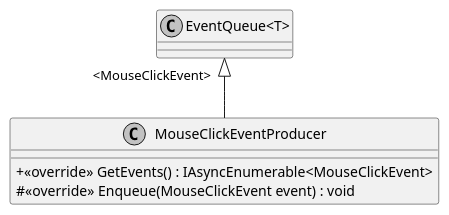
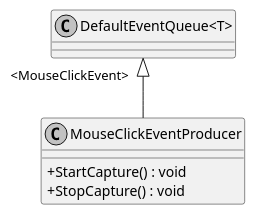
One commit to insightmind/MORR changed the diagram in application/plantuml/Modules/Mouse/Producers/MouseClickEventProducer.puml. Above: the diagram before and after it, drawn with PlantUML. The commit also changed 165 other files, not shown here.

```diff
--- a/application/plantuml/Modules/Mouse/Producers/MouseClickEventProducer.puml
+++ b/application/plantuml/Modules/Mouse/Producers/MouseClickEventProducer.puml
@@ -1,12 +1,11 @@
 @startuml
 skinparam monochrome true
 skinparam ClassAttributeIconSize 0
-
 class MouseClickEventProducer {
-    + <<override>> GetEvents() : IAsyncEnumerable<MouseClickEvent>
-    # <<override>> Enqueue(MouseClickEvent event) : void
+    + StartCapture() : void
+    + StopCapture() : void
 }
-class "EventQueue<T>" {
+class "DefaultEventQueue<T>" {
 }
-"EventQueue<T>" "<MouseClickEvent>" <|-- MouseClickEventProducer
+"DefaultEventQueue<T>" "    <MouseClickEvent>" <|-- MouseClickEventProducer
 @enduml
```
